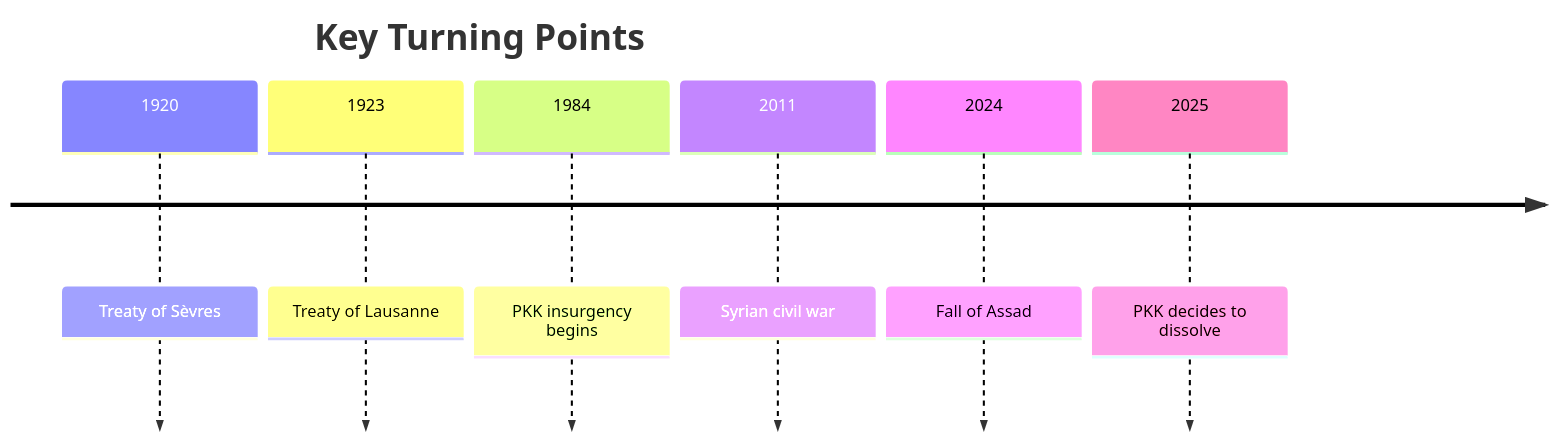
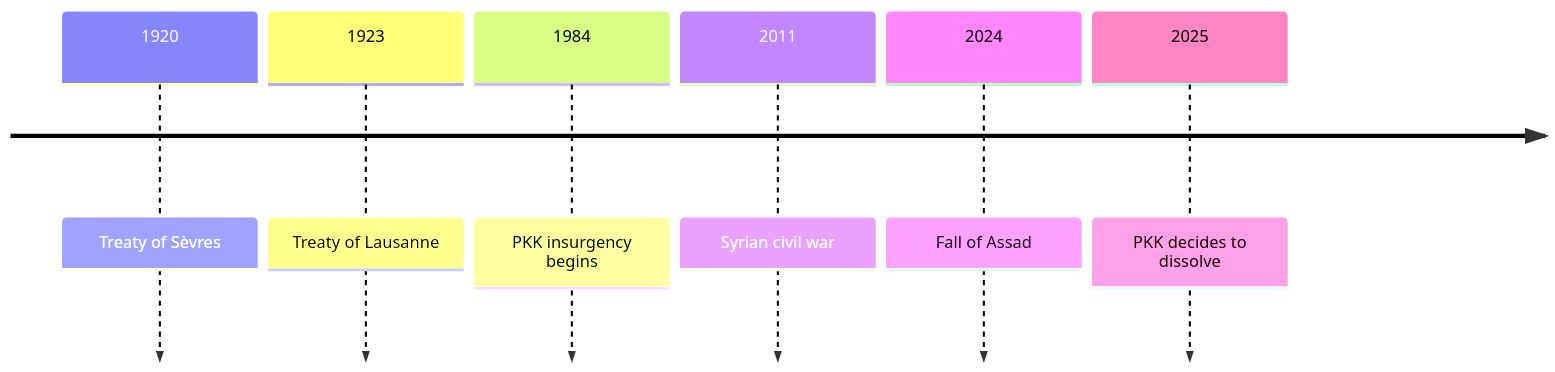
One commit to daylight55/research changed the diagram in articles/report/turkey-syria-kurdish-question/en/index.mdx. Above: the diagram before and after it, drawn with Mermaid. The commit also changed 181 other files, not shown here.

First line of the commit message:
全記事の図解368点を再生成し、共通注意書きを削除 (#402)

````diff
--- a/articles/report/turkey-syria-kurdish-question/en/index.mdx
+++ b/articles/report/turkey-syria-kurdish-question/en/index.mdx
@@ -38,10 +38,13 @@
 ```mermaid
 timeline
-    title Key Turning Points
+  accTitle: From border formation to Kurdish armed movements and regional change
+  accDescr: Follow treaties, the PKK insurgency, Syria's war and government collapse, and dissolution decisions while distinguishing organizations and countries.
+  accTitle: From border formation to Kurdish armed movements and regional change
+  accDescr: Follow treaties, the PKK insurgency, Syria's war and government collapse, and dissolution decisions while distinguishing organizations and countries.
     1920 : Treaty of Sèvres
     1923 : Treaty of Lausanne
     1984 : PKK insurgency begins
     2011 : Syrian civil war
     2024 : Fall of Assad
     2025 : PKK decides to dissolve
 ```
````
